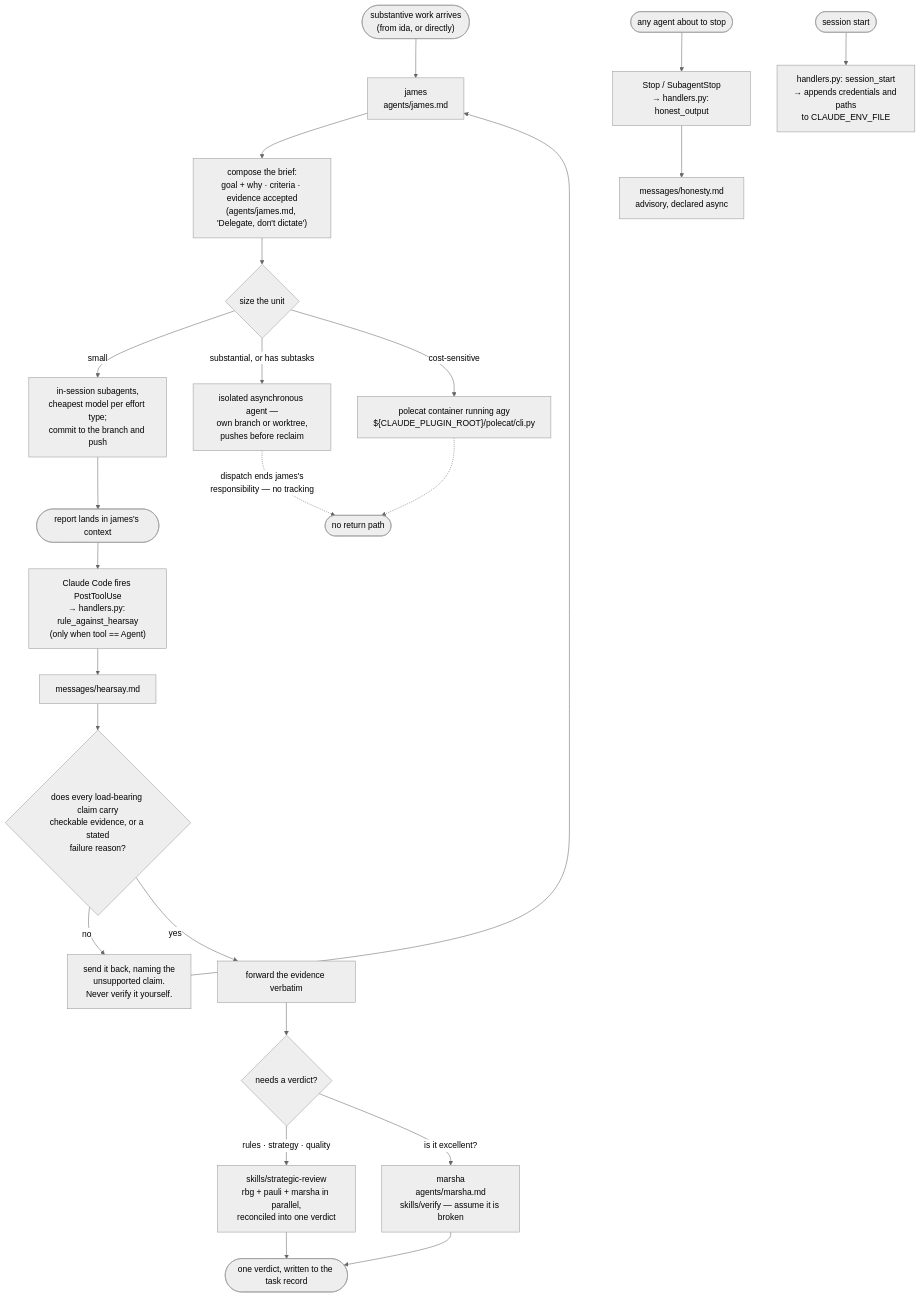
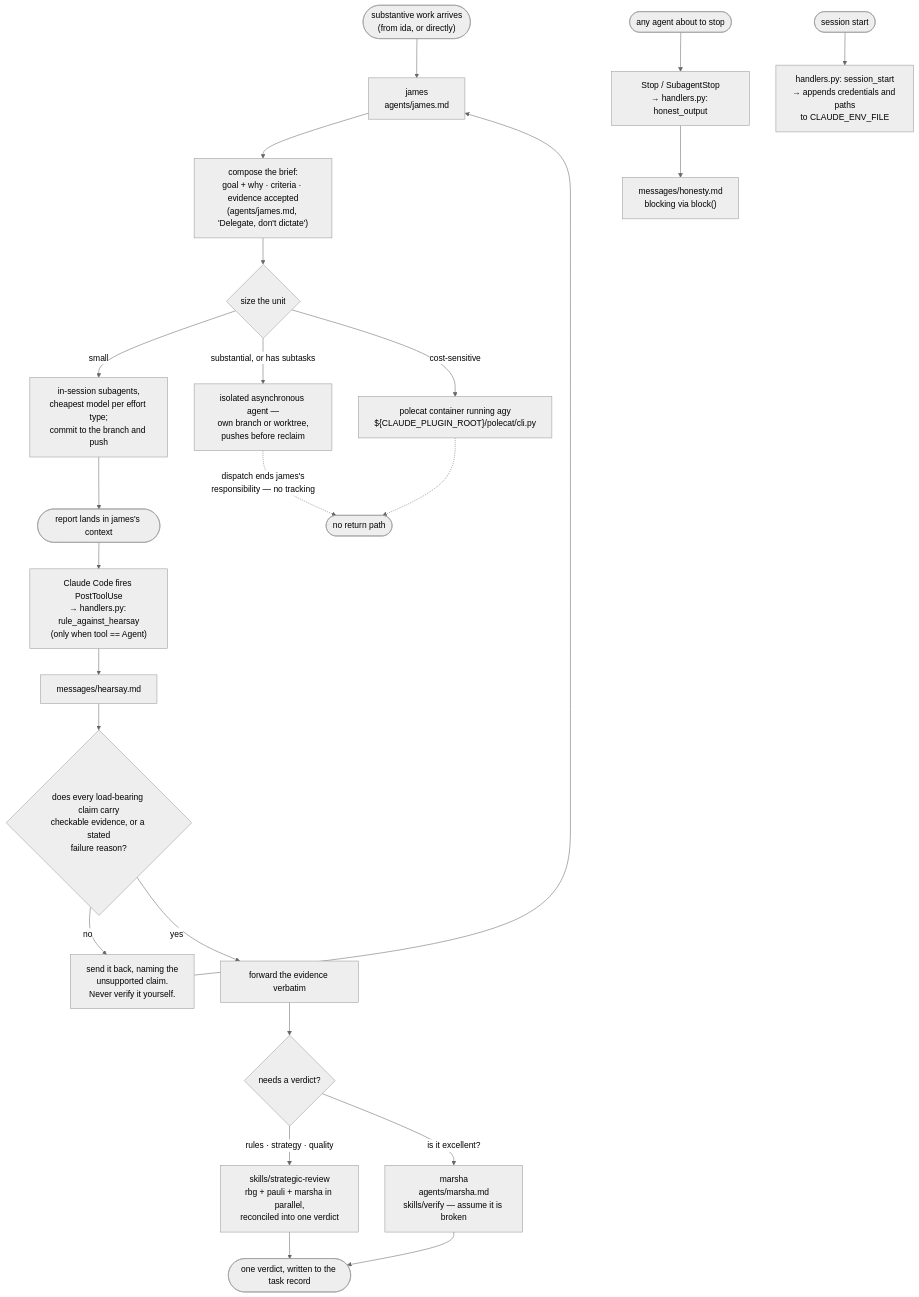
Before and after one commit to nicsuzor/academicOps: the diagram in plugins/orchestrate/README.md, drawn with Mermaid (neutral theme). The commit also changed 6 other files, not shown here.

Commit message:
flip docs on honesty block/warn

````diff
--- a/plugins/orchestrate/README.md
+++ b/plugins/orchestrate/README.md
@@ -5,32 +5,32 @@
 ```mermaid
 flowchart TD
     IN(["substantive work arrives<br/>(from ida, or directly)"]) --> J["james<br/>agents/james.md"]
     J --> B["compose the brief:<br/>goal + why · criteria · evidence accepted<br/>(agents/james.md, 'Delegate, don't dictate')"]
     B --> S{"size the unit"}
 
     S -->|small| SUB["in-session subagents,<br/>cheapest model per effort type;<br/>commit to the branch and push"]
     S -->|"substantial, or has subtasks"| ASY["isolated asynchronous agent —<br/>own branch or worktree,<br/>pushes before reclaim"]
     S -->|cost-sensitive| POL["polecat container running agy<br/>${CLAUDE_PLUGIN_ROOT}/polecat/cli.py"]
 
     ASY -.->|"dispatch ends james's<br/>responsibility — no tracking"| X([no return path])
     POL -.-> X
 
     SUB --> RET(["report lands in james's context"])
     RET --> H1["Claude Code fires PostToolUse<br/>→ handlers.py: rule_against_hearsay<br/>(only when tool == Agent)"]
     H1 --> MSG1["messages/hearsay.md"]
     MSG1 --> D{"does every load-bearing claim carry<br/>checkable evidence, or a stated<br/>failure reason?"}
     D -->|no| BACK["send it back, naming the<br/>unsupported claim.<br/>Never verify it yourself."]
     D -->|yes| FWD["forward the evidence verbatim"]
     BACK --> J
 
     FWD --> REV{"needs a verdict?"}
     REV -->|"rules · strategy · quality"| SR["skills/strategic-review<br/>rbg + pauli + marsha in parallel,<br/>reconciled into one verdict"]
     REV -->|"is it excellent?"| MAR["marsha<br/>agents/marsha.md<br/>skills/verify — assume it is broken"]
     SR --> OUT(["one verdict, written to the task record"])
     MAR --> OUT
 
     ANY(["any agent about to stop"]) --> H2["Stop / SubagentStop<br/>→ handlers.py: honest_output"]
-    H2 --> MSG2["messages/honesty.md<br/>advisory, declared async"]
+    H2 --> MSG2["messages/honesty.md<br/>blocking via block()"]
 
     SS(["session start"]) --> H3["handlers.py: session_start<br/>→ appends credentials and paths<br/>to CLAUDE_ENV_FILE"]
 ```
````
